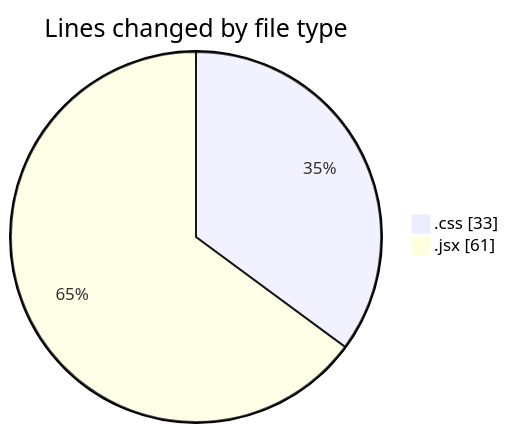
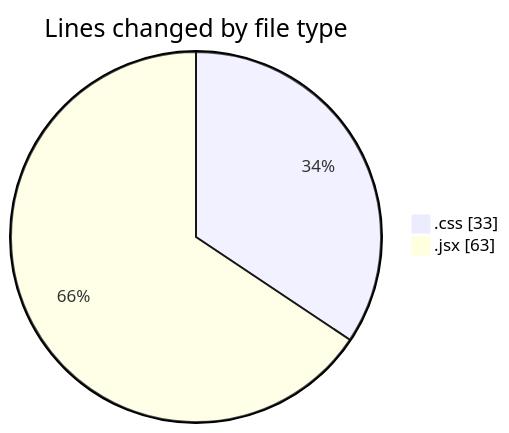
The first of 2 diagrams in 2025-02-14/elitegpt/README.md (Elitesun/code-tracking), drawn with Mermaid before and after one commit. The commit also changed other lines of this file and 1 other file, not shown here.

````diff
--- a/2025-02-14/elitegpt/README.md
+++ b/2025-02-14/elitegpt/README.md
@@ -23,6 +23,6 @@
 ```mermaid
 pie showData
 title Lines changed by file type
 ".css" : 33
-".jsx" : 61
+".jsx" : 63
 ```
````
